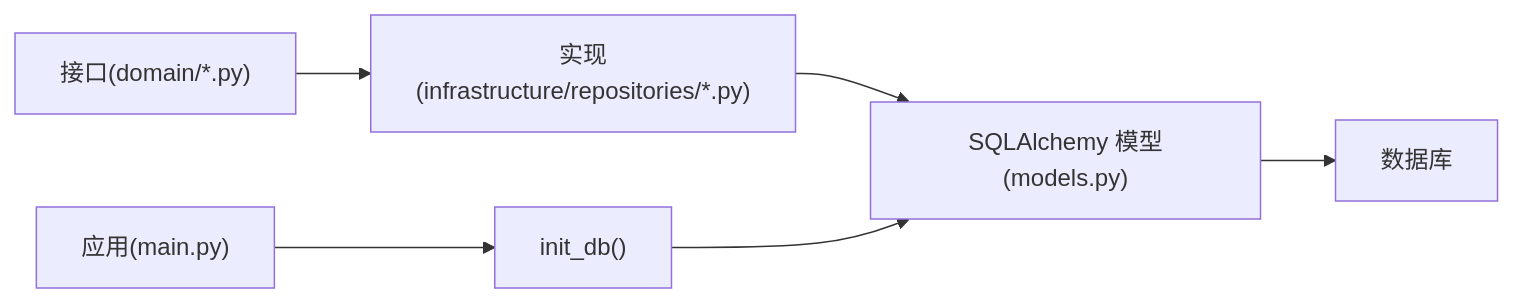
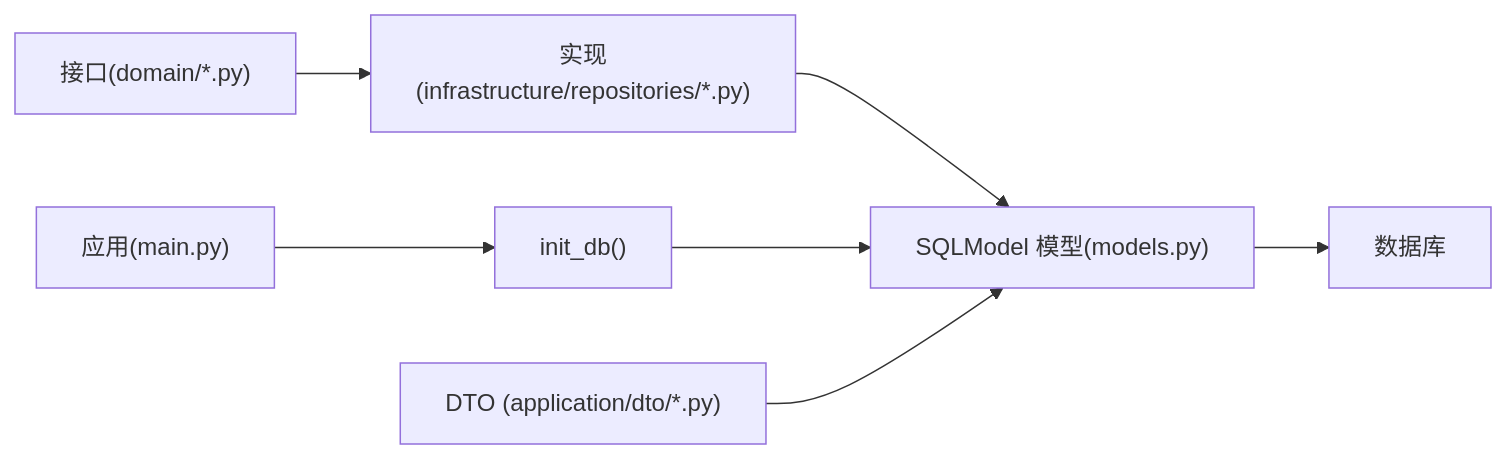
Diagram 12 of 12 in .qoder/repowiki/zh/content/数据模型设计/数据模型设计.md (taoweidong/Hello-FastApi), drawn with Mermaid before and after one commit. The commit also changed other lines of this file and 11 other files, not shown here.

````diff
--- a/.qoder/repowiki/zh/content/数据模型设计/数据模型设计.md
+++ b/.qoder/repowiki/zh/content/数据模型设计/数据模型设计.md
@@ -444,8 +516,9 @@
 ```mermaid
 graph LR
 IF["接口(domain/*.py)"] --> IMPL["实现(infrastructure/repositories/*.py)"]
-IMPL --> ORM["SQLAlchemy 模型(models.py)"]
+IMPL --> ORM["SQLModel 模型(models.py)"]
 ORM --> DB["数据库"]
 MAIN["应用(main.py)"] --> INIT["init_db()"]
 INIT --> ORM
+DTO["DTO (application/dto/*.py)"] --> ORM
 ```
````
